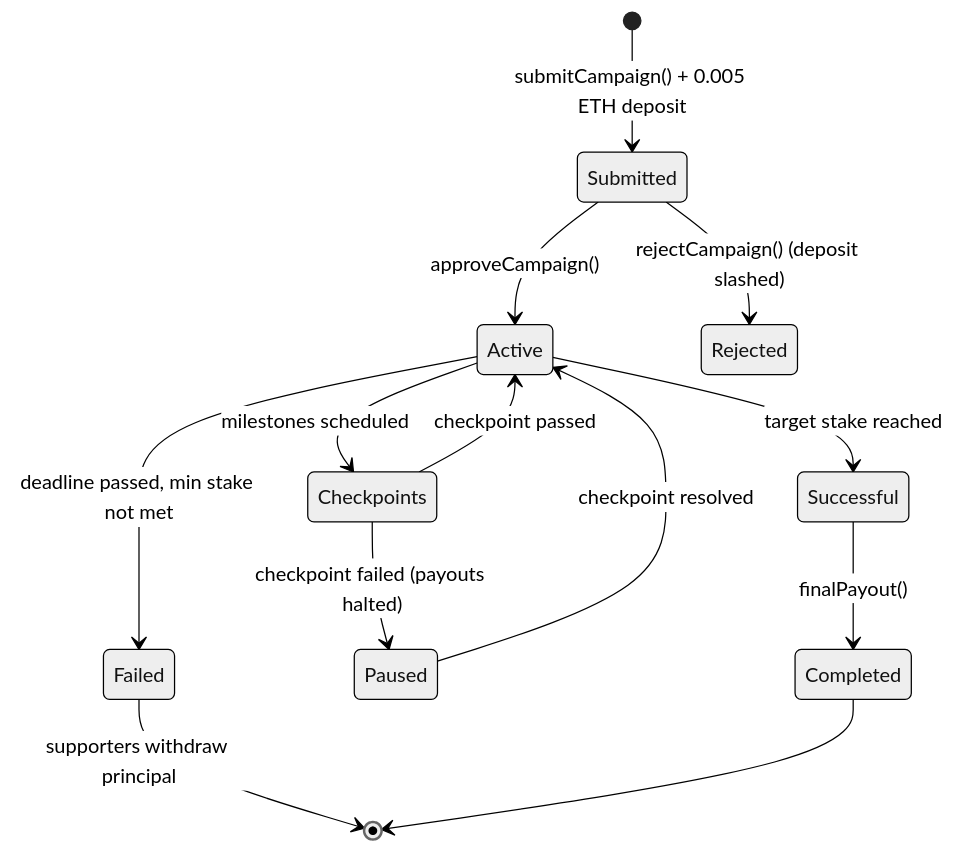
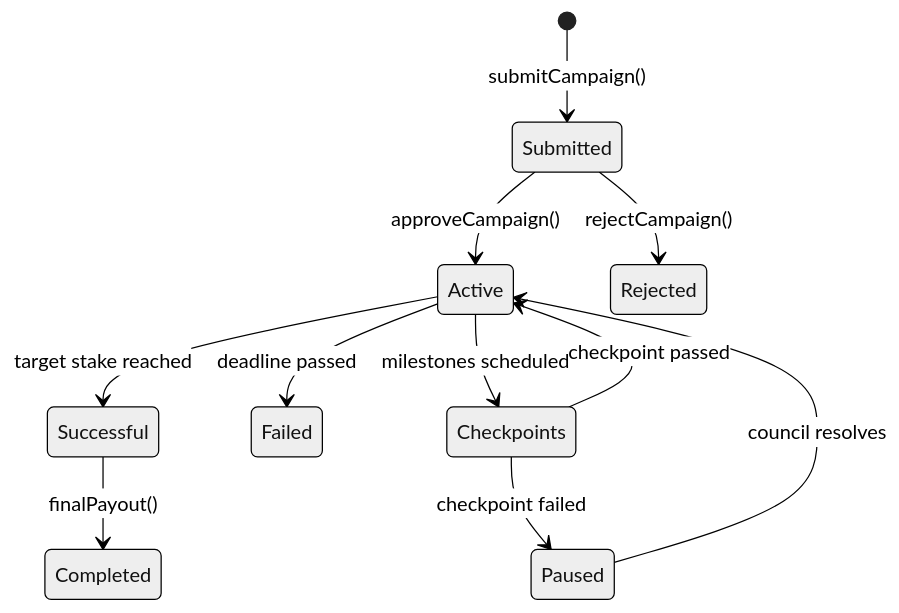
Before and after one commit to Eddy3129/give-protocol-v1: the eighth of 21 diagrams in README.md, drawn with Mermaid (neutral theme). The commit also changed other lines of this file and 1 other file, not shown here.

````diff
--- a/README.md
+++ b/README.md
@@ -195,15 +328,13 @@
 ```mermaid
 stateDiagram-v2
-    [*] --> Submitted: submitCampaign() + 0.005 ETH deposit
+    [*] --> Submitted: submitCampaign()
     Submitted --> Active: approveCampaign()
-    Submitted --> Rejected: rejectCampaign() (deposit slashed)
+    Submitted --> Rejected: rejectCampaign()
     Active --> Successful: target stake reached
-    Active --> Failed: deadline passed, min stake not met
+    Active --> Failed: deadline passed
     Active --> Checkpoints: milestones scheduled
     Checkpoints --> Active: checkpoint passed
-    Checkpoints --> Paused: checkpoint failed (payouts halted)
-    Paused --> Active: checkpoint resolved
+    Checkpoints --> Paused: checkpoint failed
+    Paused --> Active: council resolves
     Successful --> Completed: finalPayout()
-    Failed --> [*]: supporters withdraw principal
-    Completed --> [*]
 ```
````
